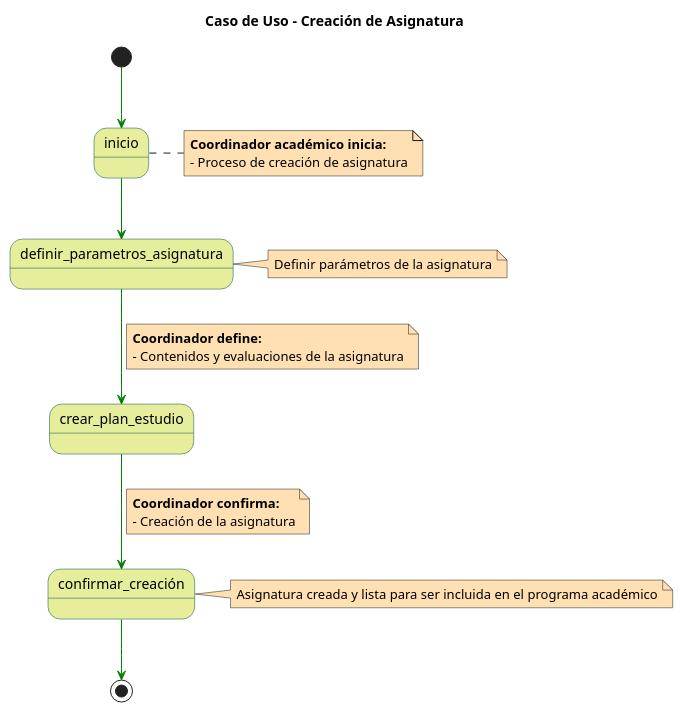
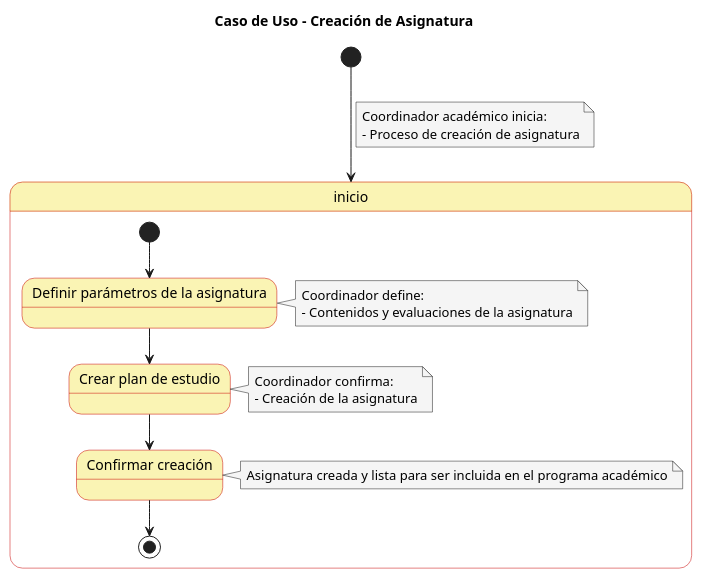
Before and after one commit to FernandoWilliam26/23-24-IdSw1-SDR: the diagram in Casos de Uso/Detalle de Creación de asignatura.puml, drawn with PlantUML. The commit also changed other lines of this file and 1 other file, not shown here.

Commit message:
Cambiando detalle caso de uso creacion

```diff
--- a/Casos de Uso/Detalle de Creación de asignatura.puml
+++ b/Casos de Uso/Detalle de Creación de asignatura.puml
@@ -1,44 +1,45 @@
 @startuml
 
 skinparam state {
-  BackgroundColor #e6ee9c
-  BorderColor #004d40
+  BackgroundColor #faf4b4
+  BorderColor #c90000
 }
 
 skinparam note {
-  BackgroundColor #ffe0b2
+  BackgroundColor #f5f5f5
 }
-
-skinparam linetype polyline
 
 title Caso de Uso - Creación de Asignatura
 
-[*] -[#green]-> inicio
-note right of inicio
-  **Coordinador académico inicia:**
+[*] --> inicio
+note on link
+  Coordinador académico inicia:
   - Proceso de creación de asignatura
 end note
 
-inicio -[#green]-> definir_parametros_asignatura
-note right of definir_parametros_asignatura
-  Definir parámetros de la asignatura
-end note
+state inicio {
+  [*] --> definir_parametros_asignatura
+  state "Definir parámetros de la asignatura" as definir_parametros_asignatura
 
-definir_parametros_asignatura -[#green]-> crear_plan_estudio
-note on link
-  **Coordinador define:**
-  - Contenidos y evaluaciones de la asignatura
-end note
+  definir_parametros_asignatura --> crear_plan_estudio
+  note right of definir_parametros_asignatura
+    Coordinador define:
+    - Contenidos y evaluaciones de la asignatura
+  end note
 
-crear_plan_estudio -[#green]-> confirmar_creación
-note on link
-  **Coordinador confirma:**
-  - Creación de la asignatura
-end note
+  state "Crear plan de estudio" as crear_plan_estudio
 
-confirmar_creación -[#green]-> [*]
-note right of confirmar_creación
-  Asignatura creada y lista para ser incluida en el programa académico
-end note
+  crear_plan_estudio --> confirmar_creacion
+  note right of crear_plan_estudio
+    Coordinador confirma:
+    - Creación de la asignatura
+  end note
+
+  state "Confirmar creación" as confirmar_creacion
+  confirmar_creacion --> [*]
+  note right of confirmar_creacion
+    Asignatura creada y lista para ser incluida en el programa académico
+  end note
+}
 
 @enduml
```
